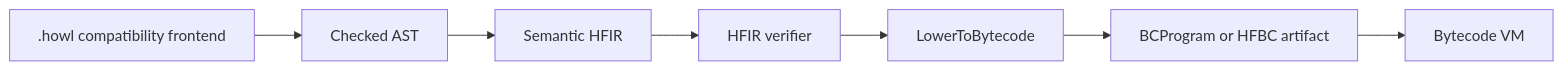
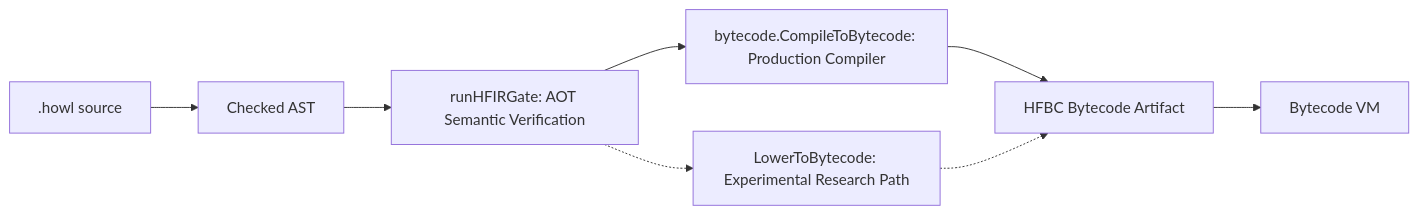
The diagram in docs/hfir_execution_status.md (howlcipher/howlframe), drawn with Mermaid before and after one commit. The commit also changed other lines of this file and 3 other files, not shown here.

````diff
--- a/docs/hfir_execution_status.md
+++ b/docs/hfir_execution_status.md
@@ -7,9 +7,10 @@
 ```mermaid
 flowchart LR
-    Source[.howl compatibility frontend] --> AST[Checked AST]
-    AST --> HFIR[Semantic HFIR]
-    HFIR --> Verify[HFIR verifier]
-    Verify --> Direct[LowerToBytecode]
-    Direct --> Artifact[BCProgram or HFBC artifact]
+    Source[.howl source] --> AST[Checked AST]
+    AST --> Gate[runHFIRGate: AOT Semantic Verification]
+    Gate --> ASTComp[bytecode.CompileToBytecode: Production Compiler]
+    Gate -.-> Direct[LowerToBytecode: Experimental Research Path]
+    ASTComp --> Artifact[HFBC Bytecode Artifact]
+    Direct -.-> Artifact
     Artifact --> VM[Bytecode VM]
 ```
````
